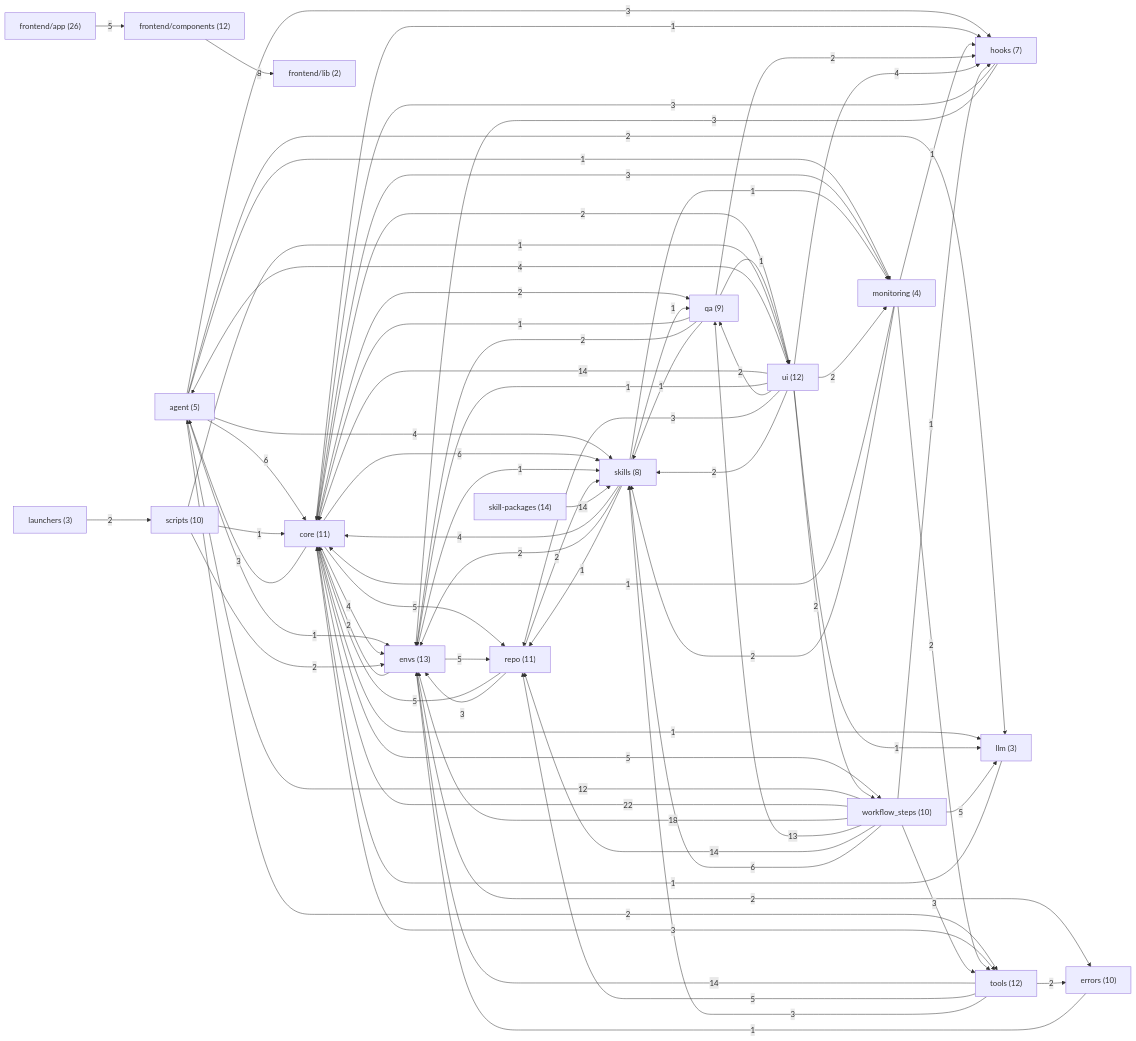
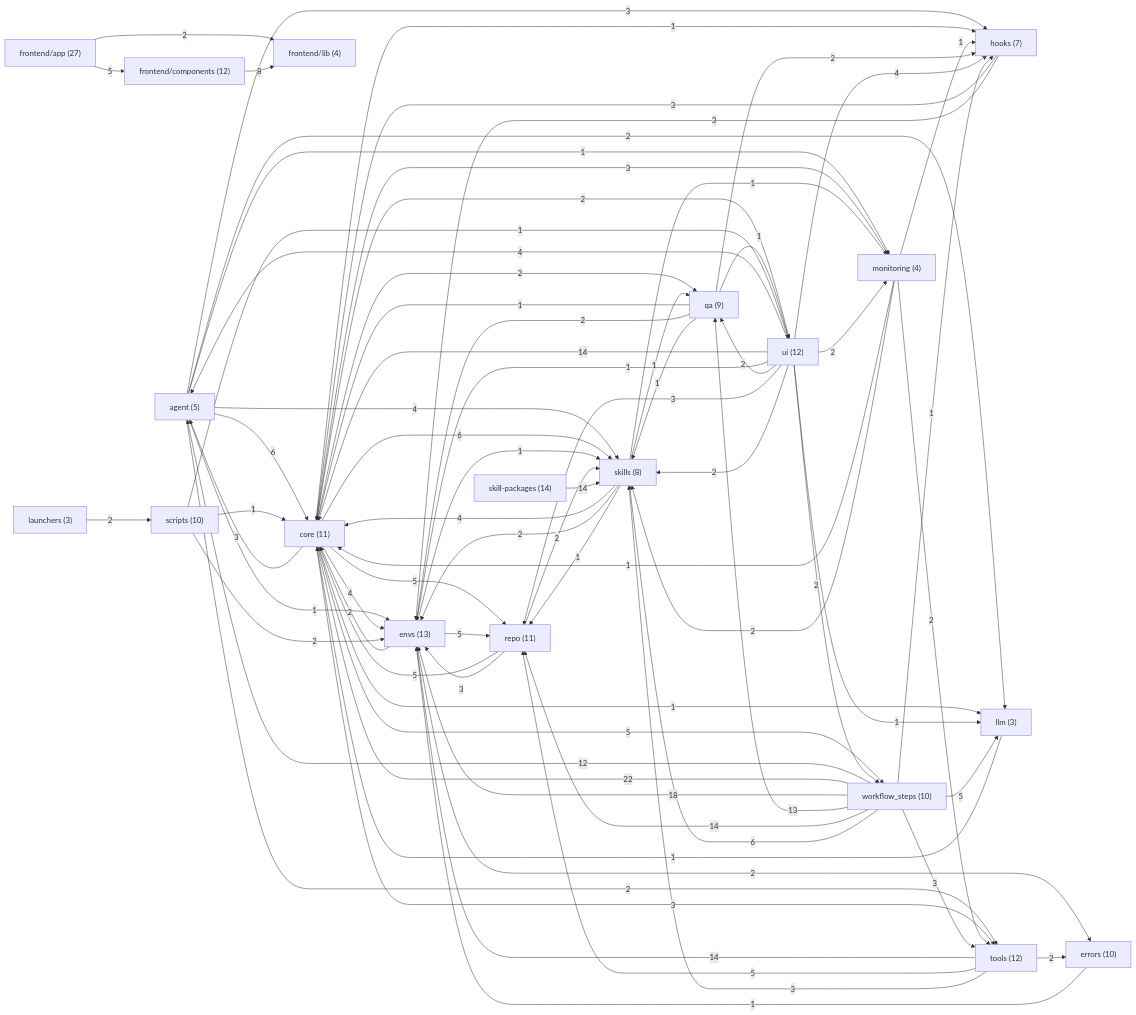
The second of 21 diagrams in docs/ARCHITECTURE_MAP.md (sarveshtalele/maf-harness-testing), drawn with Mermaid before and after one commit. The commit also changed other lines of this file, not shown here.

Commit message:
docs: regenerate architecture map for the session and proxy files

```diff
--- a/docs/ARCHITECTURE_MAP.md
+++ b/docs/ARCHITECTURE_MAP.md
@@ -63,9 +63,9 @@
   g1["core (11)"]
   g2["envs (13)"]
   g3["errors (10)"]
-  g4["frontend/app (26)"]
+  g4["frontend/app (27)"]
   g5["frontend/components (12)"]
-  g6["frontend/lib (2)"]
+  g6["frontend/lib (4)"]
   g7["hooks (7)"]
   g8["launchers (3)"]
   g9["llm (3)"]
@@ -102,6 +102,7 @@
   g2 -->|1| g15
   g3 -->|1| g2
   g4 -->|5| g5
+  g4 -->|2| g6
   g5 -->|8| g6
   g7 -->|3| g1
   g7 -->|3| g2
```
